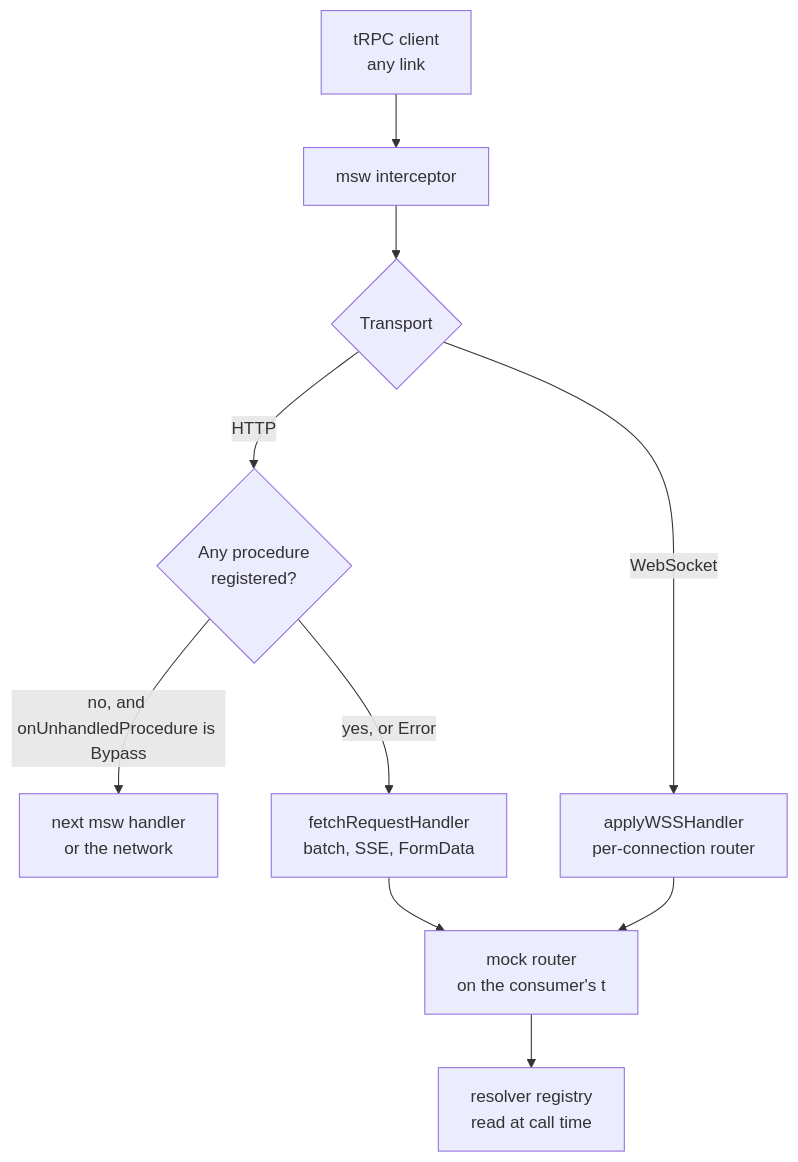
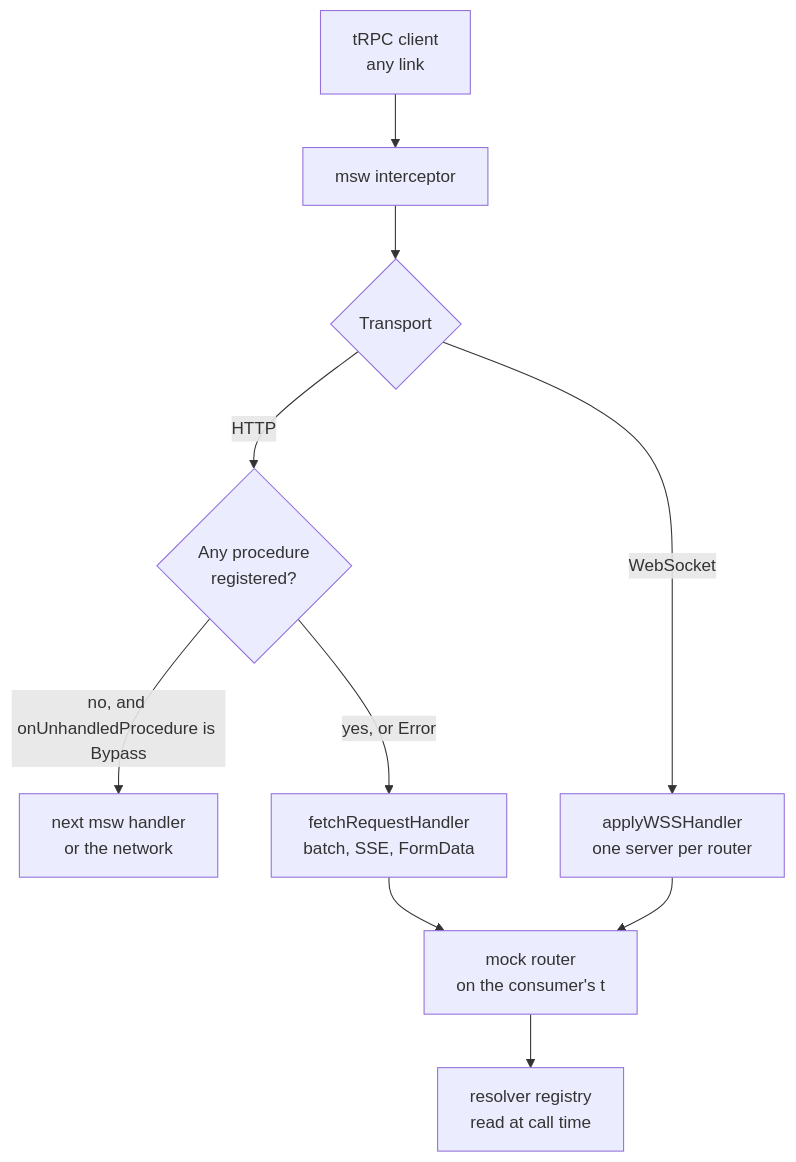
Before and after one commit to Esposter/Esposter: the diagram in openspec/specs/trpc-msw/README.md, drawn with Mermaid. The commit also changed other lines of this file and 97 other files, not shown here.

````diff
--- a/openspec/specs/trpc-msw/README.md
+++ b/openspec/specs/trpc-msw/README.md
@@ -9,21 +9,21 @@
 ```mermaid
 flowchart TD
   client["tRPC client<br/>any link"]
   msw["msw interceptor"]
   http{"Transport"}
   bypass{"Any procedure<br/>registered?"}
   next["next msw handler<br/>or the network"]
   fetchHandler["fetchRequestHandler<br/>batch, SSE, FormData"]
-  wssHandler["applyWSSHandler<br/>per-connection router"]
+  wssHandler["applyWSSHandler<br/>one server per router"]
   router["mock router<br/>on the consumer's t"]
   registry["resolver registry<br/>read at call time"]
   client --> msw
   msw --> http
   http -->|HTTP| bypass
   bypass -->|"no, and onUnhandledProcedure is Bypass"| next
   bypass -->|yes, or Error| fetchHandler
   http -->|WebSocket| wssHandler
   fetchHandler --> router
   wssHandler --> router
   router --> registry
 ```
````
